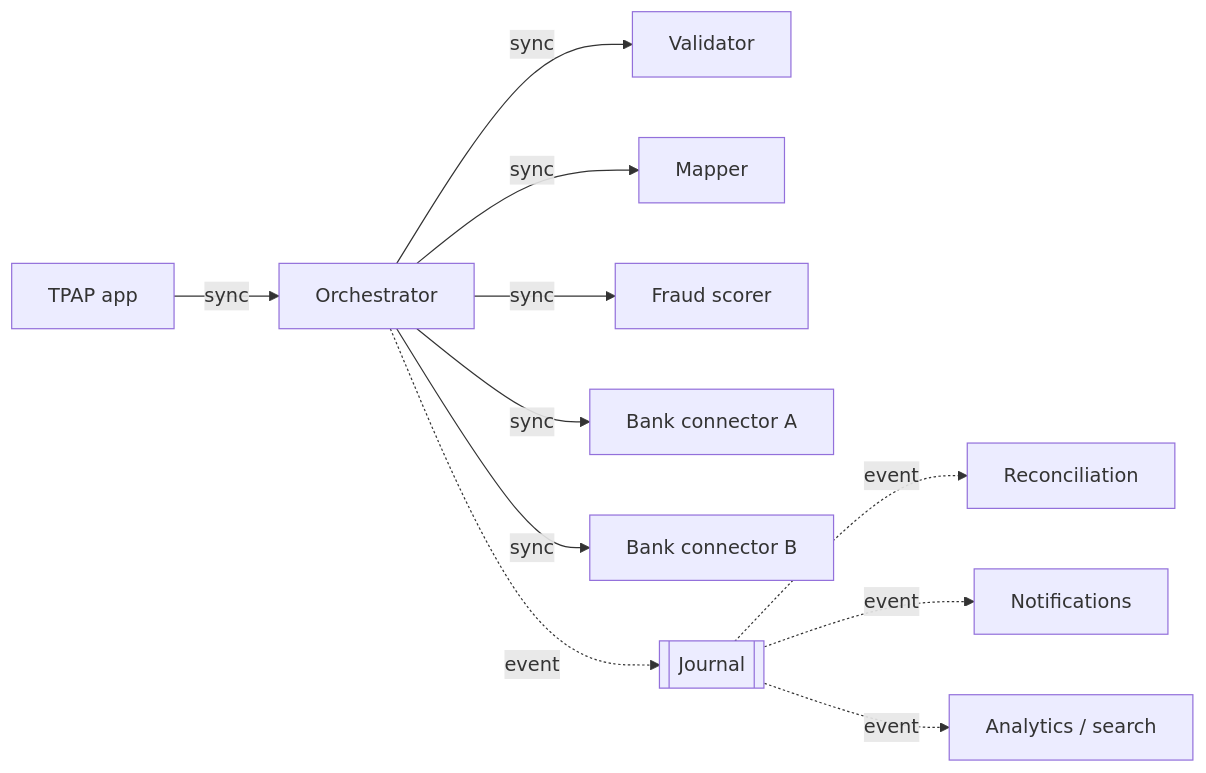
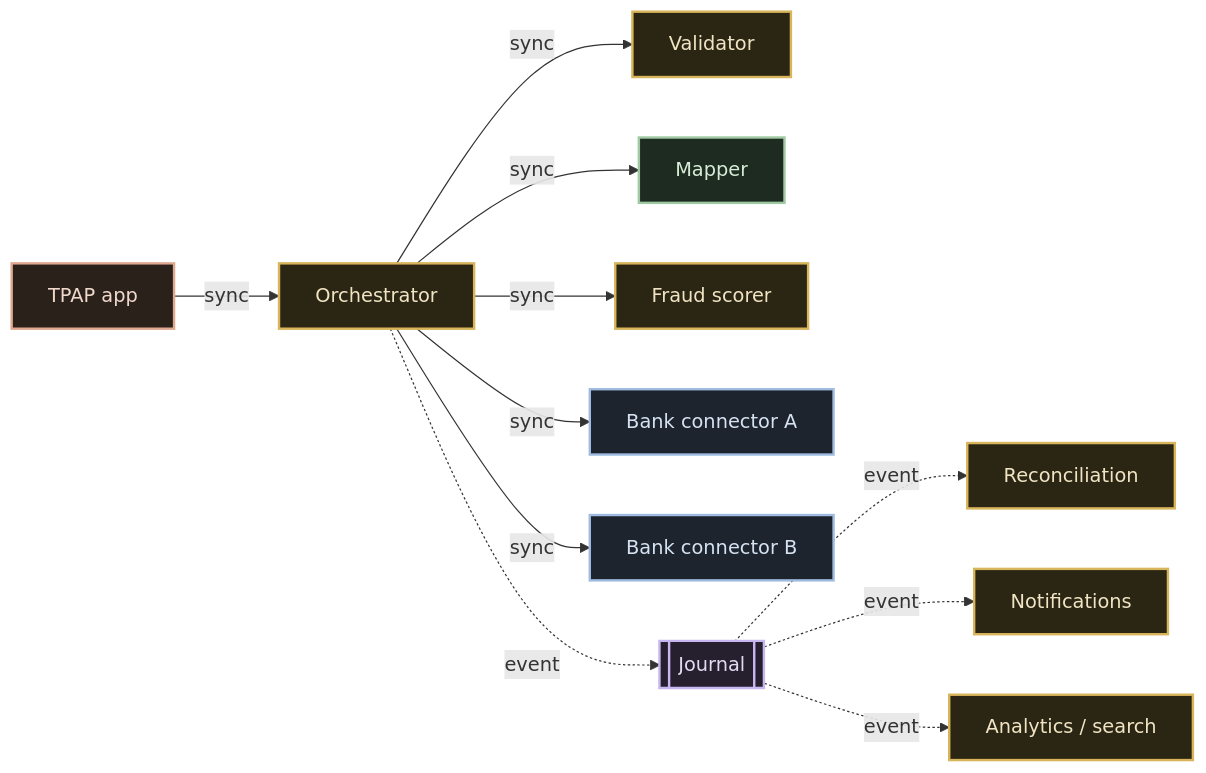
The diagram in upi/04-services-and-interactions.md (svssdeva/system-designs-with-deva), drawn with Mermaid before and after one commit. The commit also changed 4 other files, not shown here.

First line of the commit message:
docs: HTML site (docs/index.html) with rendered blackboard diagrams + polished README

````diff
--- a/upi/04-services-and-interactions.md
+++ b/upi/04-services-and-interactions.md
@@ -63,13 +63,24 @@
 ```mermaid
 flowchart LR
   APP[TPAP app] -->|sync| ORCH[Orchestrator]
   ORCH -->|sync| VAL[Validator]
   ORCH -->|sync| MAP[Mapper]
   ORCH -->|sync| FRAUD[Fraud scorer]
   ORCH -->|sync| BA[Bank connector A]
   ORCH -->|sync| BB[Bank connector B]
   ORCH -.->|event| J[[Journal]]
   J -.->|event| RECON[Reconciliation]
   J -.->|event| NOTIF[Notifications]
   J -.->|event| ANALYTICS[Analytics / search]
+
+  class APP client
+  class ORCH,VAL,FRAUD,RECON,NOTIF,ANALYTICS svc
+  class MAP cache
+  class J queue
+  class BA,BB bank
+  classDef client fill:#2b211b,stroke:#dfa88f,stroke-width:2px,color:#f0d9cc;
+  classDef svc fill:#2b2513,stroke:#d8b45a,stroke-width:2px,color:#f0e4c4;
+  classDef cache fill:#1e2b20,stroke:#9fc9a2,stroke-width:2px,color:#d5ecd6;
+  classDef bank fill:#1e242e,stroke:#9fbbe0,stroke-width:2px,color:#d5e2f2;
+  classDef queue fill:#251f2e,stroke:#c8b6f0,stroke-width:2px,color:#e2d9f2;
 ```
````
